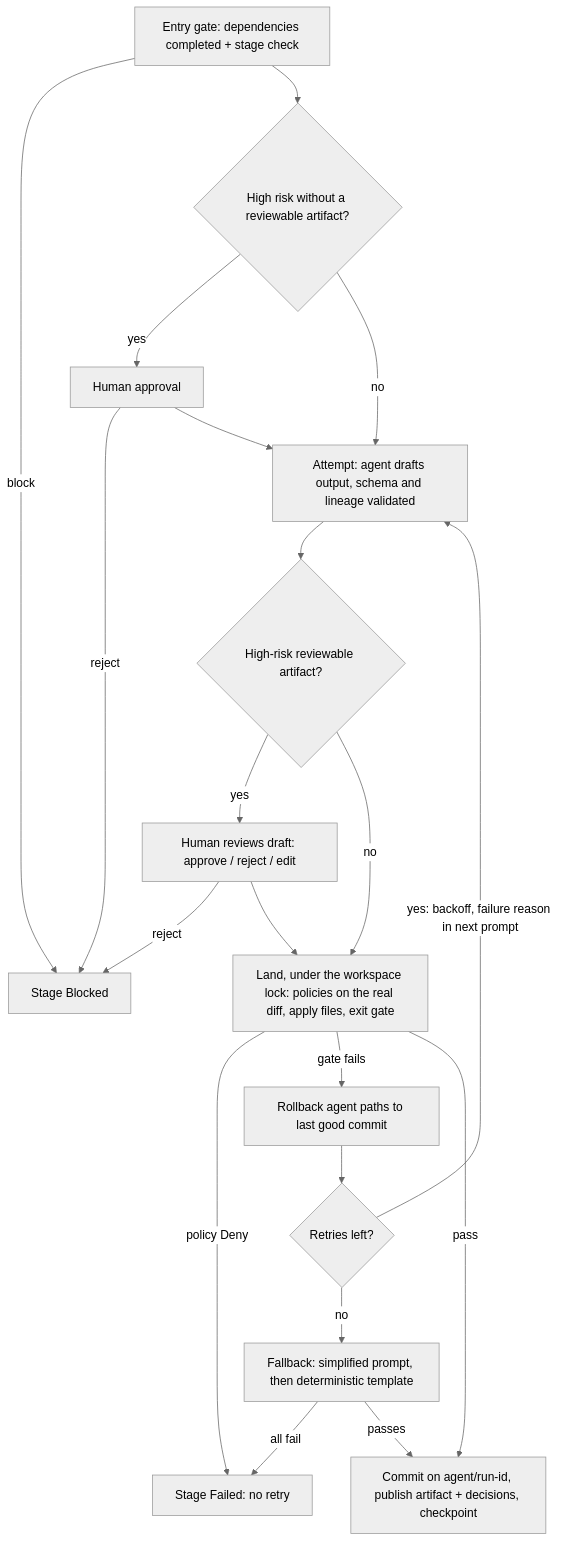
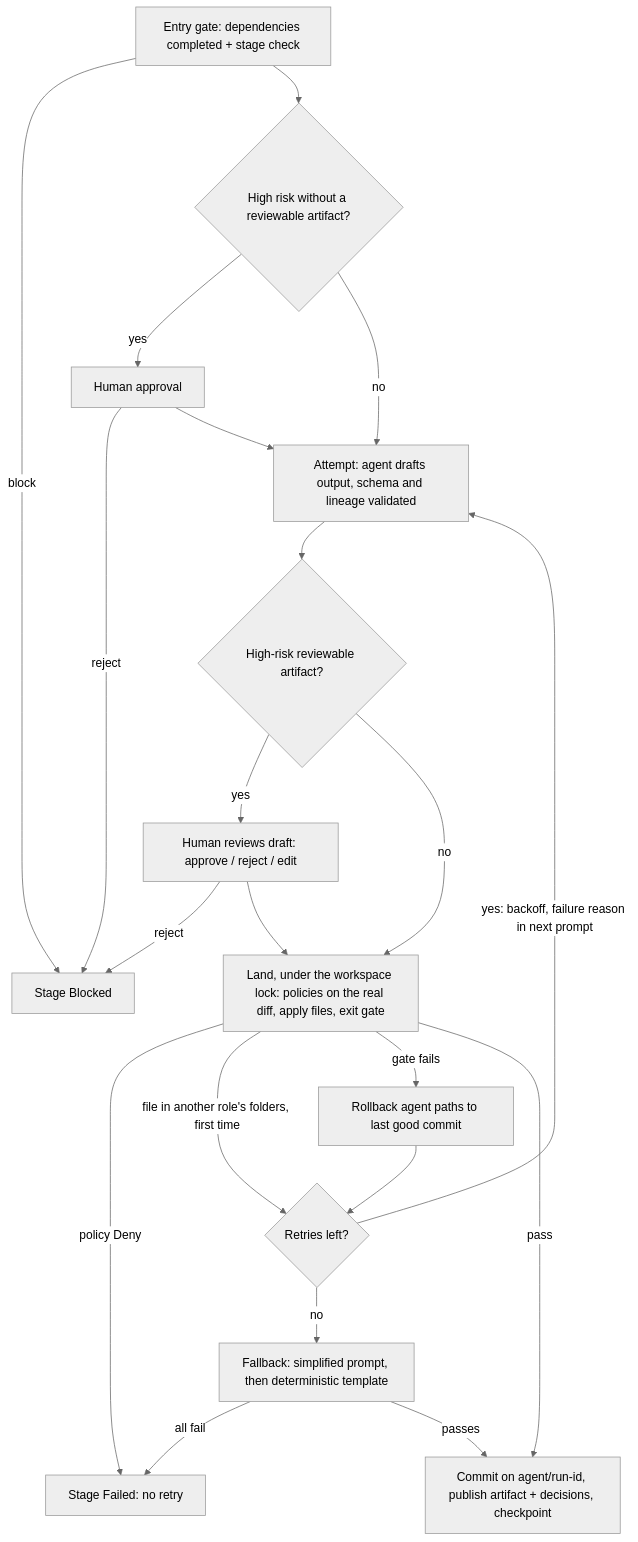
Before and after one commit to jagadeep-m/url-shortener-agentic: the second of 2 diagrams in docs/ARCHITECTURE.md, drawn with Mermaid (neutral theme). The commit also changed other lines of this file and 13 other files, not shown here.

````diff
--- a/docs/ARCHITECTURE.md
+++ b/docs/ARCHITECTURE.md
@@ -92,18 +92,19 @@
 ```mermaid
 flowchart TD
     A[Entry gate: dependencies completed + stage check] -->|block| BL[Stage Blocked]
     A --> B{High risk without a reviewable artifact?}
     B -->|yes| AP1[Human approval] -->|reject| BL
     B -->|no| C
     AP1 --> C[Attempt: agent drafts output, schema and lineage validated]
     C --> D{High-risk reviewable artifact?}
     D -->|yes| AP2[Human reviews draft: approve / reject / edit] -->|reject| BL
     D -->|no| L
     AP2 --> L[Land, under the workspace lock: policies on the real diff, apply files, exit gate]
     L -->|policy Deny| FA[Stage Failed: no retry]
+    L -->|file in another role's folders, first time| RT
     L -->|gate fails| RB[Rollback agent paths to last good commit] --> RT{Retries left?}
     RT -->|yes: backoff, failure reason in next prompt| C
     RT -->|no| FB[Fallback: simplified prompt, then deterministic template] -->|all fail| FA
     FB -->|passes| OK
     L -->|pass| OK[Commit on agent/run-id, publish artifact + decisions, checkpoint]
 ```
````
